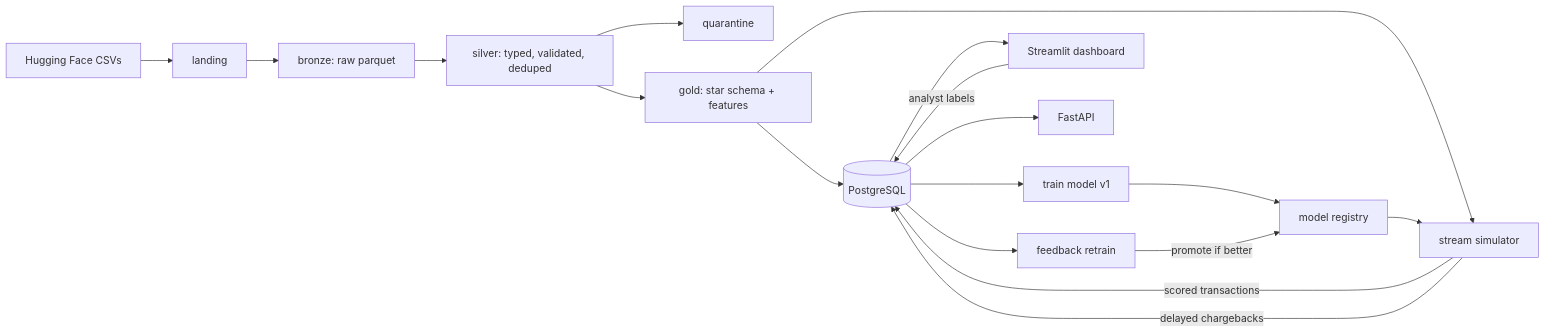
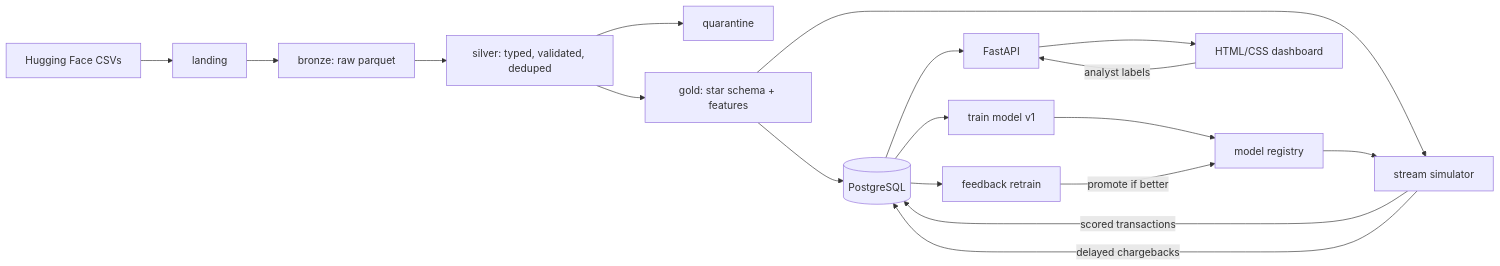
One commit to Huz4y1/fraud-detection changed the diagram in README.md. Above: the diagram before and after it, drawn with Mermaid. The commit also changed other lines of this file and 7 other files, not shown here.

Commit message:
Replace Streamlit with an HTML/CSS dashboard served by FastAPI

````diff
--- a/README.md
+++ b/README.md
@@ -16,20 +16,20 @@
 ```mermaid
 flowchart LR
     HF[Hugging Face CSVs] --> L[landing]
     L --> B[bronze: raw parquet]
     B --> S[silver: typed, validated, deduped]
     S --> Q[quarantine]
     S --> G[gold: star schema + features]
     G --> PG[(PostgreSQL)]
     G --> ST[stream simulator]
     PG --> TR[train model v1]
     TR --> REG[model registry]
     REG --> ST
     ST -->|scored transactions| PG
     ST -->|delayed chargebacks| PG
-    PG --> DASH[Streamlit dashboard]
     PG --> API[FastAPI]
-    DASH -->|analyst labels| PG
+    API --> DASH[HTML/CSS dashboard]
+    DASH -->|analyst labels| API
     PG --> FB[feedback retrain]
     FB -->|promote if better| REG
 ```
````
